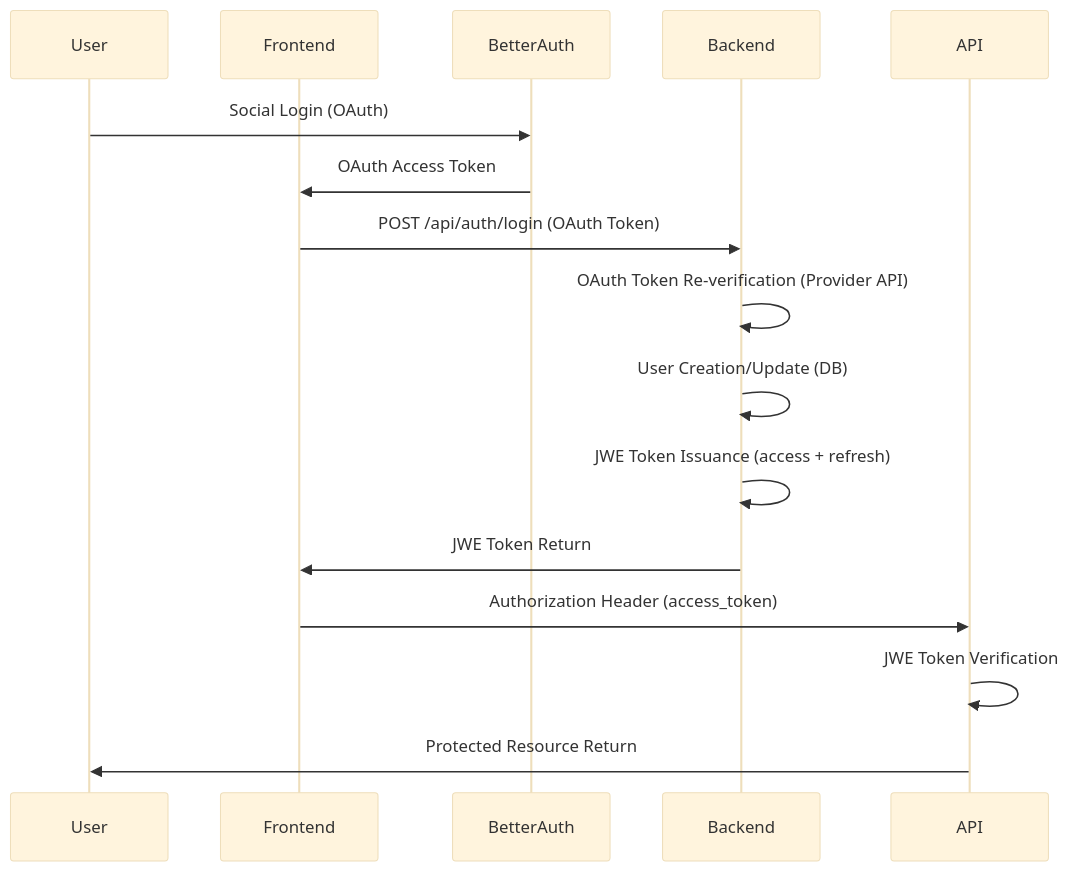
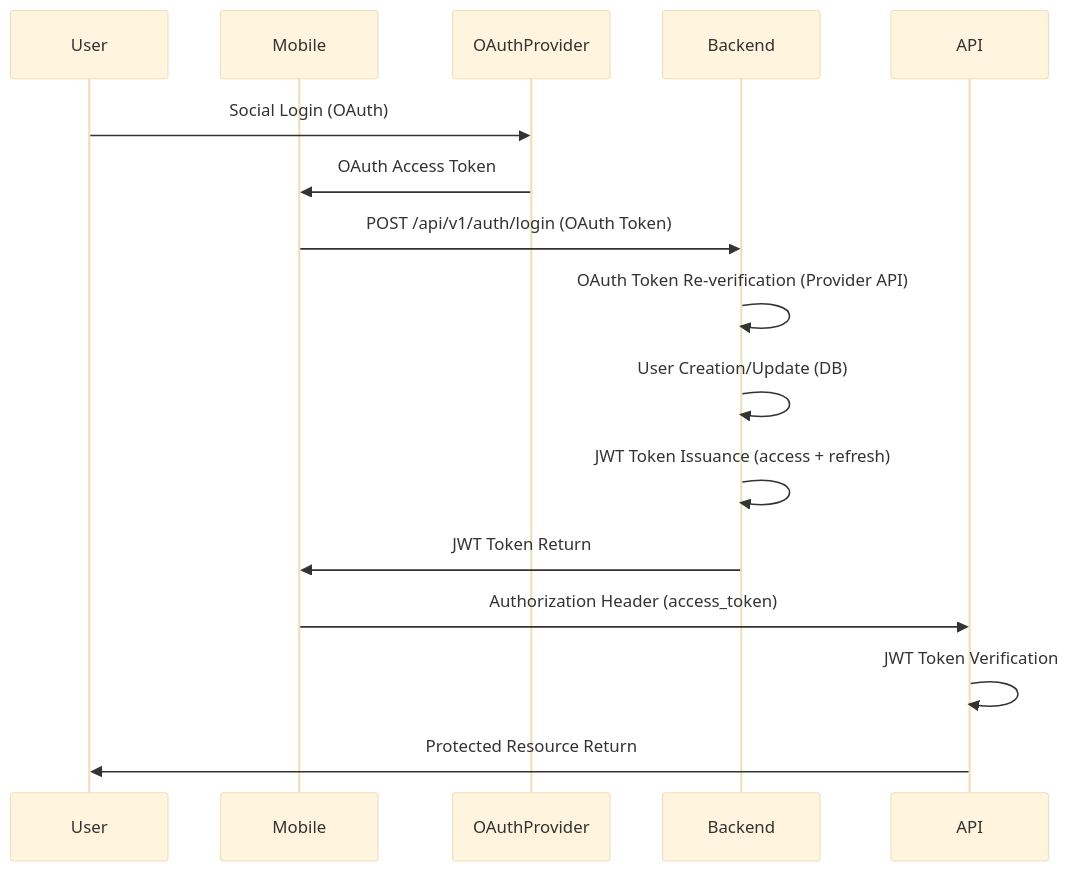
One commit to first-fluke/juny changed the diagram in docs/AUTH.ko.md. Above: the diagram before and after it, drawn with Mermaid (base theme). The commit also changed other lines of this file and 7 other files, not shown here.

````diff
--- a/docs/AUTH.ko.md
+++ b/docs/AUTH.ko.md
@@ -9,19 +9,19 @@
 ```mermaid
 sequenceDiagram
     participant User
-    participant Frontend
-    participant BetterAuth
+    participant Mobile
+    participant OAuthProvider
     participant Backend
     participant API
 
-    User->>BetterAuth: Social Login (OAuth)
-    BetterAuth->>Frontend: OAuth Access Token
-    Frontend->>Backend: POST /api/auth/login (OAuth Token)
+    User->>OAuthProvider: Social Login (OAuth)
+    OAuthProvider->>Mobile: OAuth Access Token
+    Mobile->>Backend: POST /api/v1/auth/login (OAuth Token)
     Backend->>Backend: OAuth Token Re-verification (Provider API)
     Backend->>Backend: User Creation/Update (DB)
-    Backend->>Backend: JWE Token Issuance (access + refresh)
-    Backend->>Frontend: JWE Token Return
-    Frontend->>API: Authorization Header (access_token)
-    API->>API: JWE Token Verification
+    Backend->>Backend: JWT Token Issuance (access + refresh)
+    Backend->>Mobile: JWT Token Return
+    Mobile->>API: Authorization Header (access_token)
+    API->>API: JWT Token Verification
     API->>User: Protected Resource Return
 ```
````
